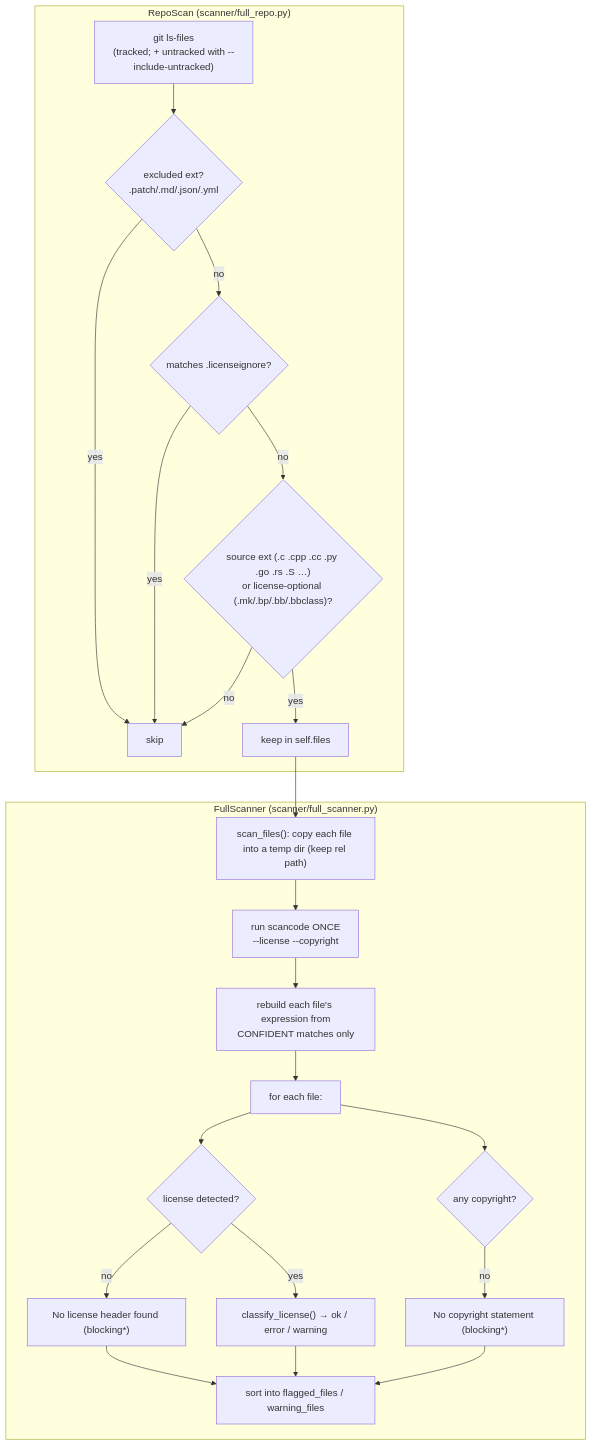
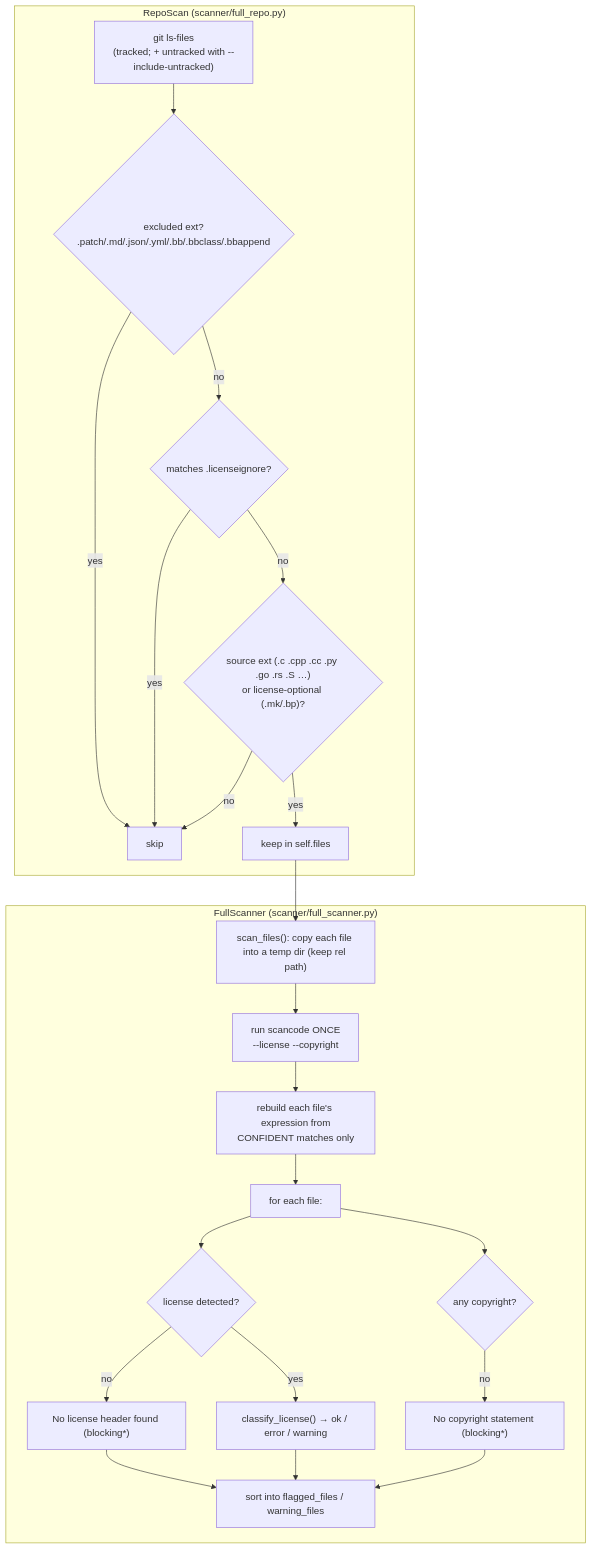
One commit to sshedge71/copyright-license-checker-action changed the third of 4 diagrams in full-scan/docs/architecture.md. Above: the diagram before and after it, drawn with Mermaid. The commit also changed other lines of this file and 4 other files, not shown here.

First line of the commit message:
full_scan: correct docs -- .bb/.bbclass/.bbappend are excluded, not license-optional

````diff
--- a/full-scan/docs/architecture.md
+++ b/full-scan/docs/architecture.md
@@ -89,26 +89,26 @@
 ```mermaid
 flowchart TD
     subgraph RS["RepoScan (scanner/full_repo.py)"]
-        A1["git ls-files<br/>(tracked; + untracked with --include-untracked)"] --> A2{"excluded ext?<br/>.patch/.md/.json/.yml"}
+        A1["git ls-files<br/>(tracked; + untracked with --include-untracked)"] --> A2{"excluded ext?<br/>.patch/.md/.json/.yml/.bb/.bbclass/.bbappend"}
         A2 -->|yes| A3["skip"]
         A2 -->|no| A4{"matches .licenseignore?"}
         A4 -->|yes| A3
-        A4 -->|no| A5{"source ext (.c .cpp .cc .py .go .rs .S …)<br/>or license-optional (.mk/.bp/.bb/.bbclass)?"}
+        A4 -->|no| A5{"source ext (.c .cpp .cc .py .go .rs .S …)<br/>or license-optional (.mk/.bp)?"}
         A5 -->|no| A3
         A5 -->|yes| A6["keep in self.files"]
     end
 
     A6 --> B1
 
     subgraph FSN["FullScanner (scanner/full_scanner.py)"]
         B1["scan_files(): copy each file into a temp dir (keep rel path)"] --> B2["run scancode ONCE<br/>--license --copyright"]
         B2 --> B3["rebuild each file's expression from<br/>CONFIDENT matches only"]
         B3 --> B4["for each file:"]
         B4 --> C1{"license detected?"}
         C1 -->|no| C2["No license header found (blocking*)"]
         C1 -->|yes| C3["classify_license() → ok / error / warning"]
         B4 --> D1{"any copyright?"}
         D1 -->|no| D2["No copyright statement (blocking*)"]
         C2 & C3 & D2 --> E1["sort into flagged_files / warning_files"]
     end
 ```
````
